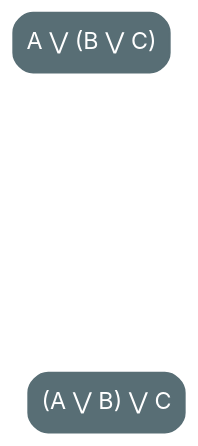
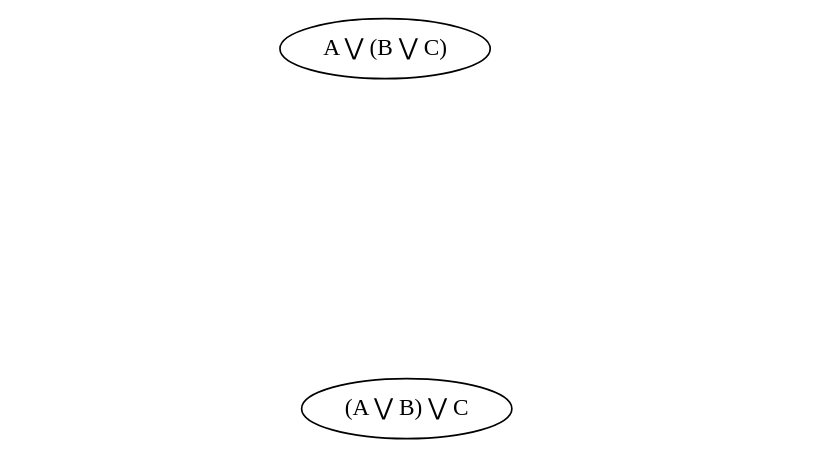
The diagram in src/graphviz/a_or_b_or_c_novalue.dot (nrinaudo/far-more-adt), drawn with Graphviz before and after one commit. The commit also changed 70 other files, not shown here.

Commit message:
Use graphviz stylesheets

```diff
--- a/src/graphviz/a_or_b_or_c_novalue.dot
+++ b/src/graphviz/a_or_b_or_c_novalue.dot
@@ -1,32 +1,26 @@
 digraph {
-    bgcolor=transparent
-
-    // Default theme: enabled
-    node[shape="rectangle" style="rounded,filled" color="#586E75" fillcolor="#586E75" fontcolor="#ffffff" fontname="Inter,Arial"]
-    edge [color="#586E75" fontcolor="#000000" fontname="Inter,Arial" fontsize=11]
-
     LeftAssoc[label="A ⋁ (B ⋁ C)"]
-    LeftA[label="Left(aᵢ)" fillcolor="#ffffff" fontcolor="#586E75" style=invis]
-    RightLeftB[label="Right(Left(bⱼ))" fillcolor="#ffffff" fontcolor="#586E75" style=invis]
-    RightRightC[label="Right(Right(cₖ))" fillcolor="#ffffff" fontcolor="#586E75" style=invis]
+    LeftA[label="Left(aᵢ)" class="value" style=invis]
+    RightLeftB[label="Right(Left(bⱼ))" class="value" style=invis]
+    RightRightC[label="Right(Right(cₖ))" class="value" style=invis]
 
     LeftAssoc -> LeftA[style=invis]
     LeftAssoc -> RightLeftB[style=invis]
     LeftAssoc -> RightRightC[style=invis]
 
     RightAssoc[label="(A ⋁ B) ⋁ C"]
-    LeftLeftA[label="Left(Left(aᵢ))" fillcolor="#ffffff" fontcolor="#586E75" style=invis]
-    LeftRightB[label="Left(Right(bⱼ))" fillcolor="#ffffff" fontcolor="#586E75" style=invis]
-    RightC[label="Right(cₖ)" fillcolor="#ffffff" fontcolor="#586E75" style=invis]
+    LeftLeftA[label="Left(Left(aᵢ))" class="value" style=invis]
+    LeftRightB[label="Left(Right(bⱼ))" class="value" style=invis]
+    RightC[label="Right(cₖ)" class="value" style=invis]
 
     LeftLeftA -> RightAssoc[dir=back style=invis]
     LeftRightB -> RightAssoc[dir=back style=invis]
     RightC -> RightAssoc[dir=back style=invis]
 
     LeftA -> LeftLeftA[style=invis]
     RightLeftB -> LeftRightB[style=invis]
     RightRightC -> RightC[style=invis]
     LeftLeftA -> LeftA[style=invis]
     LeftRightB -> RightLeftB[style=invis]
     RightC -> RightRightC[style=invis]
 }
```
